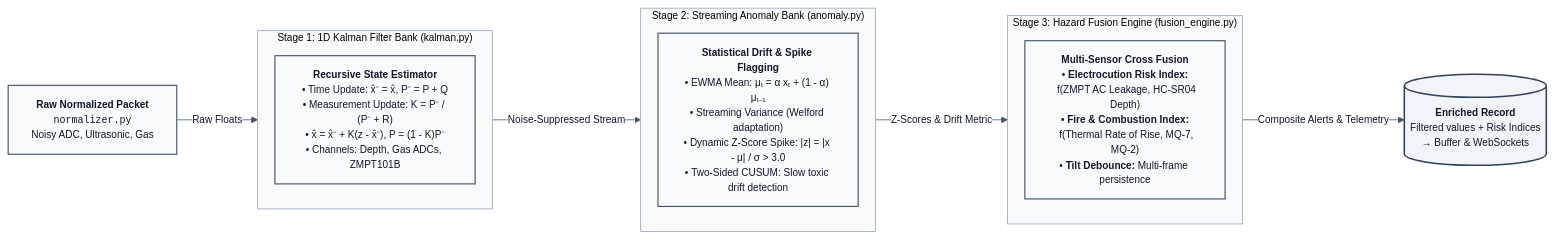
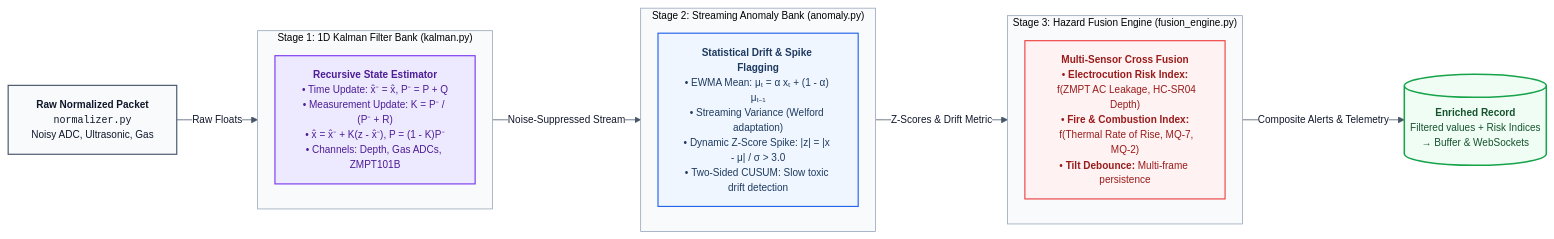
Before and after one commit to MadhavK3/niriksha: the first of 2 diagrams in docs/04_ANALYTICS_AND_ALGORITHMS.md, drawn with Mermaid. The commit also changed other lines of this file and 10 other files, not shown here.

Commit message:
docs: overhaul architecture diagrams to semantic monochromatic Mermaid flowcharts

````diff
--- a/docs/04_ANALYTICS_AND_ALGORITHMS.md
+++ b/docs/04_ANALYTICS_AND_ALGORITHMS.md
@@ -14,47 +14,53 @@
 ```mermaid
 %%{init: {
   "theme": "base",
   "themeVariables": {
     "fontFamily": "Inter, Segoe UI, -apple-system, BlinkMacSystemFont, Roboto, sans-serif",
     "fontSize": "13px",
     "primaryColor": "#ffffff",
     "primaryBorderColor": "#64748b",
     "primaryTextColor": "#0f172a",
     "lineColor": "#475569",
     "clusterBkg": "#f8fafc",
     "clusterBorder": "#94a3b8"
   },
   "flowchart": { "curve": "basis", "htmlLabels": true, "nodeSpacing": 25, "rankSpacing": 40 }
 } }%%
 flowchart LR
     RAW["<b>Raw Normalized Packet</b><br/><code>normalizer.py</code><br/>Noisy ADC, Ultrasonic, Gas"]
 
     subgraph STAGE1["Stage 1: 1D Kalman Filter Bank (kalman.py)"]
         direction TB
         K1["<b>Recursive State Estimator</b><br/>• Time Update: x̂⁻ = x̂, P⁻ = P + Q<br/>• Measurement Update: K = P⁻ / (P⁻ + R)<br/>• x̂ = x̂⁻ + K(z - x̂⁻), P = (1 - K)P⁻<br/>• Channels: Depth, Gas ADCs, ZMPT101B"]
     end
 
     subgraph STAGE2["Stage 2: Streaming Anomaly Bank (anomaly.py)"]
         direction TB
         A1["<b>Statistical Drift &amp; Spike Flagging</b><br/>• EWMA Mean: μₜ = α xₜ + (1 - α) μₜ₋₁<br/>• Streaming Variance (Welford adaptation)<br/>• Dynamic Z-Score Spike: |z| = |x - μ| / σ &gt; 3.0<br/>• Two-Sided CUSUM: Slow toxic drift detection"]
     end
 
     subgraph STAGE3["Stage 3: Hazard Fusion Engine (fusion_engine.py)"]
         direction TB
         F1["<b>Multi-Sensor Cross Fusion</b><br/>• <b>Electrocution Risk Index:</b><br/>  f(ZMPT AC Leakage, HC-SR04 Depth)<br/>• <b>Fire &amp; Combustion Index:</b><br/>  f(Thermal Rate of Rise, MQ-7, MQ-2)<br/>• <b>Tilt Debounce:</b> Multi-frame persistence"]
     end
 
     ENRICHED[("<b>Enriched Record</b><br/>Filtered values + Risk Indices<br/>→ Buffer &amp; WebSockets")]
 
     RAW -->|"Raw Floats"| STAGE1
     STAGE1 -->|"Noise-Suppressed Stream"| STAGE2
     STAGE2 -->|"Z-Scores &amp; Drift Metric"| STAGE3
     STAGE3 -->|"Composite Alerts &amp; Telemetry"| ENRICHED
 
     classDef default fill:#ffffff,stroke:#64748b,stroke-width:1px,color:#0f172a;
-    classDef blueprint fill:#f8fafc,stroke:#475569,stroke-width:1.5px,color:#0f172a;
-    classDef storageNode fill:#f1f5f9,stroke:#334155,stroke-width:2px,color:#0f172a;
+    classDef nodeRaw fill:#f8fafc,stroke:#475569,stroke-width:1.5px,color:#0f172a;
+    classDef nodeKalman fill:#ede9fe,stroke:#7c3aed,stroke-width:1.5px,color:#4c1d95;
+    classDef nodeAnomaly fill:#eff6ff,stroke:#2563eb,stroke-width:1.5px,color:#1e3a5f;
+    classDef nodeHazard fill:#fef2f2,stroke:#ef4444,stroke-width:1.5px,color:#991b1b;
+    classDef nodeEnriched fill:#f0fdf4,stroke:#16a34a,stroke-width:2px,color:#14532d;
 
-    class RAW,K1,A1,F1 blueprint;
-    class ENRICHED storageNode;
+    class RAW nodeRaw;
+    class K1 nodeKalman;
+    class A1 nodeAnomaly;
+    class F1 nodeHazard;
+    class ENRICHED nodeEnriched;
 ```
````
